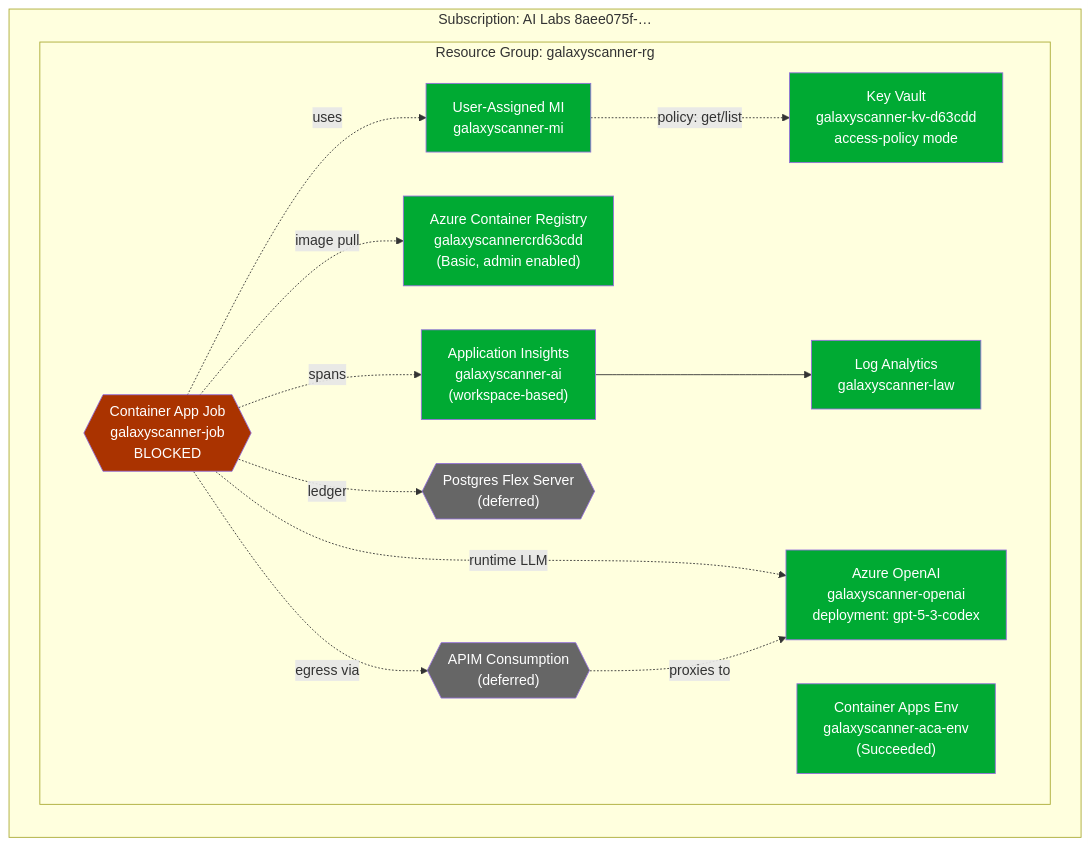
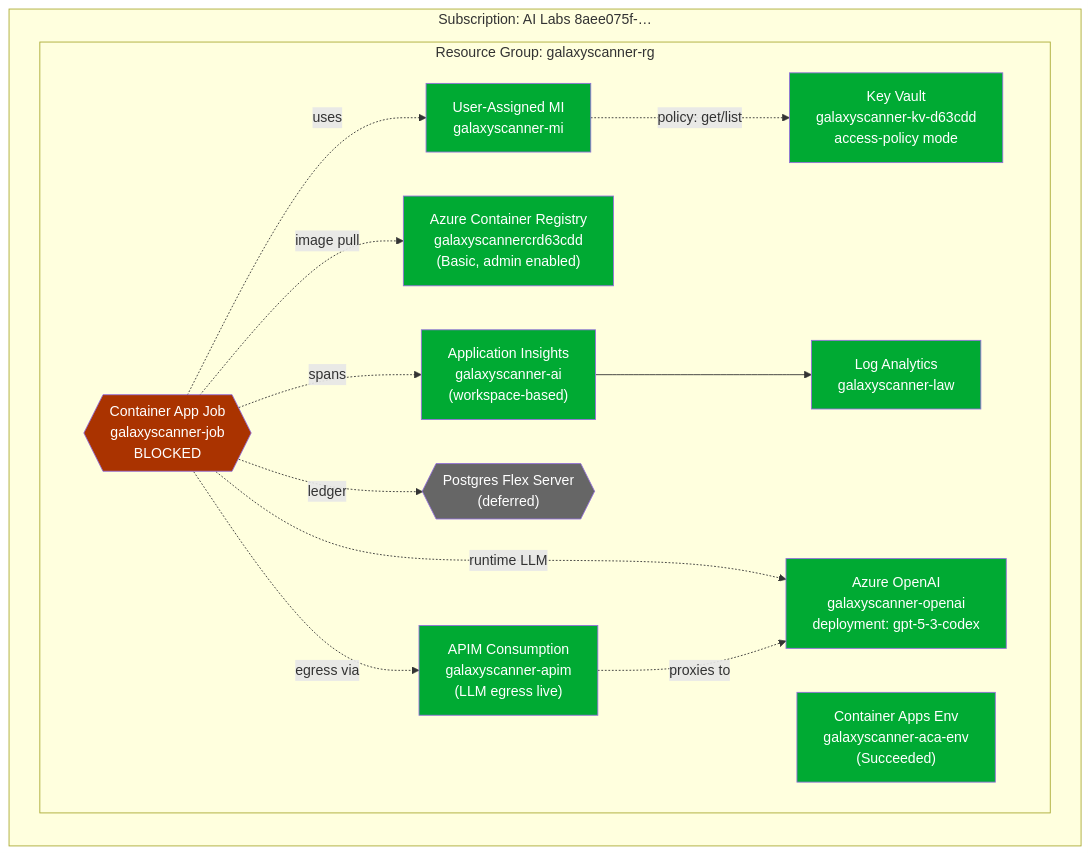
The tenth of 11 diagrams in docs/architecture.md (rlpatrao/agent-gov-sec), drawn with Mermaid before and after one commit. The commit also changed other lines of this file and 4 other files, not shown here.

````diff
--- a/docs/architecture.md
+++ b/docs/architecture.md
@@ -358,34 +359,34 @@
 ```mermaid
 flowchart LR
   subgraph Sub[Subscription: AI Labs 8aee075f-…]
     subgraph RG[Resource Group: galaxyscanner-rg]
       KV["Key Vault<br/>galaxyscanner-kv-d63cdd<br/>access-policy mode"]
       ACR["Azure Container Registry<br/>galaxyscannercrd63cdd<br/>(Basic, admin enabled)"]
       MI["User-Assigned MI<br/>galaxyscanner-mi"]
       LAW["Log Analytics<br/>galaxyscanner-law"]
       AI["Application Insights<br/>galaxyscanner-ai<br/>(workspace-based)"]
       AOAI["Azure OpenAI<br/>galaxyscanner-openai<br/>deployment: gpt-5-3-codex"]
       ACAEnv["Container Apps Env<br/>galaxyscanner-aca-env<br/>(Succeeded)"]
       Job{{"Container App Job<br/>galaxyscanner-job<br/>BLOCKED"}}
       Pg{{"Postgres Flex Server<br/>(deferred)"}}
-      APIM{{"APIM Consumption<br/>(deferred)"}}
+      APIM["APIM Consumption<br/>galaxyscanner-apim<br/>(LLM egress live)"]
     end
   end
 
   AI --> LAW
   Job -. image pull .-> ACR
   Job -. uses .-> MI
   MI -. policy: get/list .-> KV
   Job -. runtime LLM .-> AOAI
   Job -. spans .-> AI
   Job -. ledger .-> Pg
   Job -. egress via .-> APIM
   APIM -. proxies to .-> AOAI
 
   classDef done fill:#0a3,color:#fff
   classDef blocked fill:#a30,color:#fff
   classDef deferred fill:#666,color:#fff
-  class KV,ACR,MI,LAW,AI,AOAI,ACAEnv done
+  class KV,ACR,MI,LAW,AI,AOAI,ACAEnv,APIM done
   class Job blocked
-  class Pg,APIM deferred
+  class Pg deferred
 ```
````
